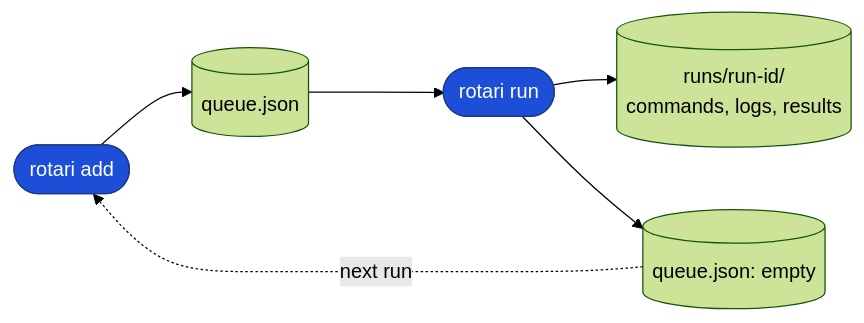
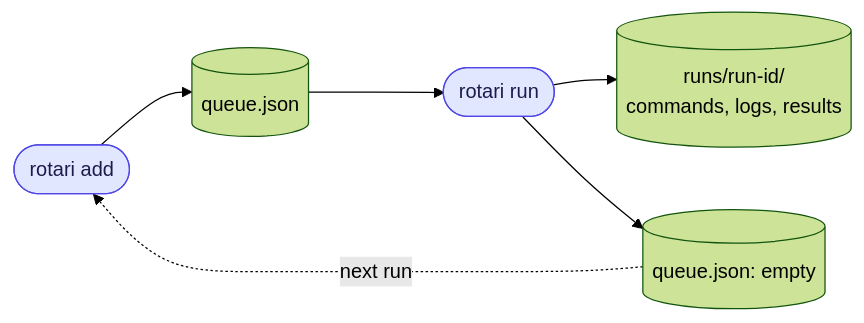
Before and after one commit to kamo-naoyuki/rotari: the first of 2 diagrams in docs/CONCEPTS.md, drawn with Mermaid (forest theme). The commit also changed 2 other files, not shown here.

Commit message:
docs: use light backgrounds for mermaid command nodes

````diff
--- a/docs/CONCEPTS.md
+++ b/docs/CONCEPTS.md
@@ -53,11 +53,11 @@
 ```mermaid
 flowchart LR
   add([rotari add]) --> queue[(queue.json)]
   queue --> run([rotari run])
   run --> history[(runs/run-id/<br/>commands, logs, results)]
   run --> empty[(queue.json: empty)]
   empty -. next run .-> add
 
-  classDef command fill:#1d4ed8,stroke:#1e3a8a,color:#ffffff
+  classDef command fill:#e0e7ff,stroke:#4f46e5,color:#1e1b4b
   class add,run command
 ```
````
